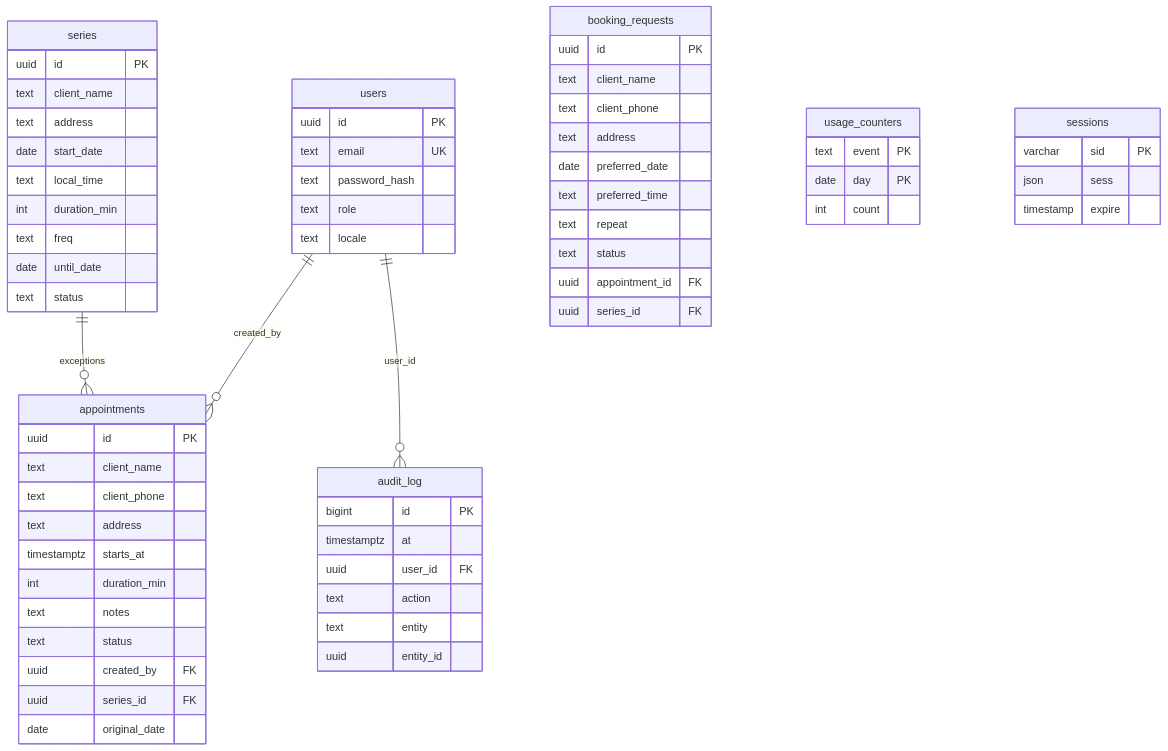
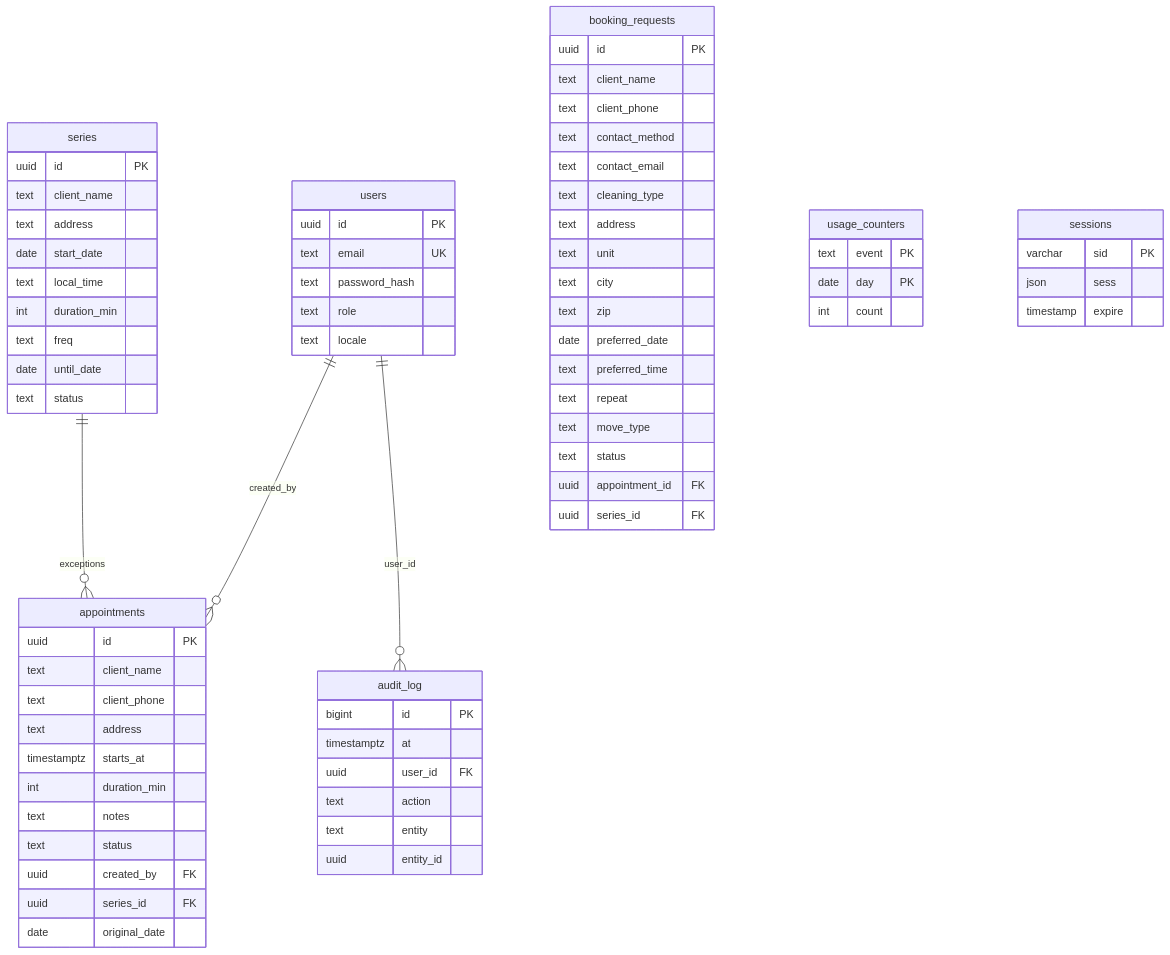
Before and after one commit to Barrientosgers/anyger-housekeeping: the second of 2 diagrams in docs/architecture.md, drawn with Mermaid. The commit also changed other lines of this file and 17 other files, not shown here.

First line of the commit message:
Booking form: contact preference, cleaning type, move-in/out, validated phone and address

````diff
--- a/docs/architecture.md
+++ b/docs/architecture.md
@@ -40,67 +40,74 @@
 ```mermaid
 erDiagram
   users ||--o{ appointments : created_by
   series ||--o{ appointments : exceptions
   users ||--o{ audit_log : user_id
   users {
     uuid id PK
     text email UK
     text password_hash
     text role
     text locale
   }
   booking_requests {
     uuid id PK
     text client_name
     text client_phone
+    text contact_method
+    text contact_email
+    text cleaning_type
     text address
+    text unit
+    text city
+    text zip
     date preferred_date
     text preferred_time
     text repeat
+    text move_type
     text status
     uuid appointment_id FK
     uuid series_id FK
   }
   appointments {
     uuid id PK
     text client_name
     text client_phone
     text address
     timestamptz starts_at
     int duration_min
     text notes
     text status
     uuid created_by FK
     uuid series_id FK
     date original_date
   }
   series {
     uuid id PK
     text client_name
     text address
     date start_date
     text local_time
     int duration_min
     text freq
     date until_date
     text status
   }
   audit_log {
     bigint id PK
     timestamptz at
     uuid user_id FK
     text action
     text entity
     uuid entity_id
   }
   usage_counters {
     text event PK
     date day PK
     int count
   }
   sessions {
     varchar sid PK
     json sess
     timestamp expire
   }
 ```
````
